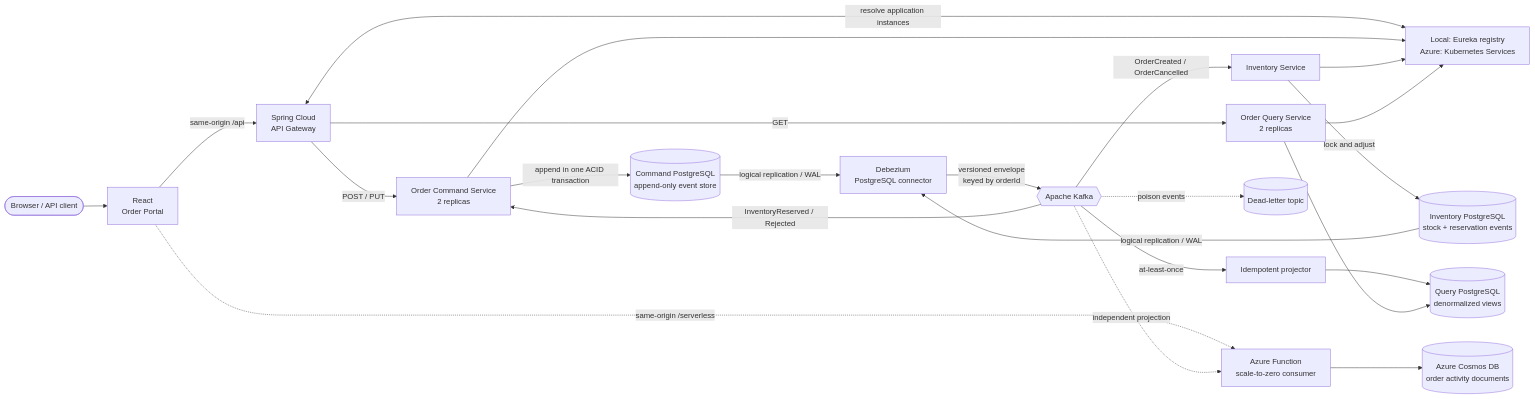
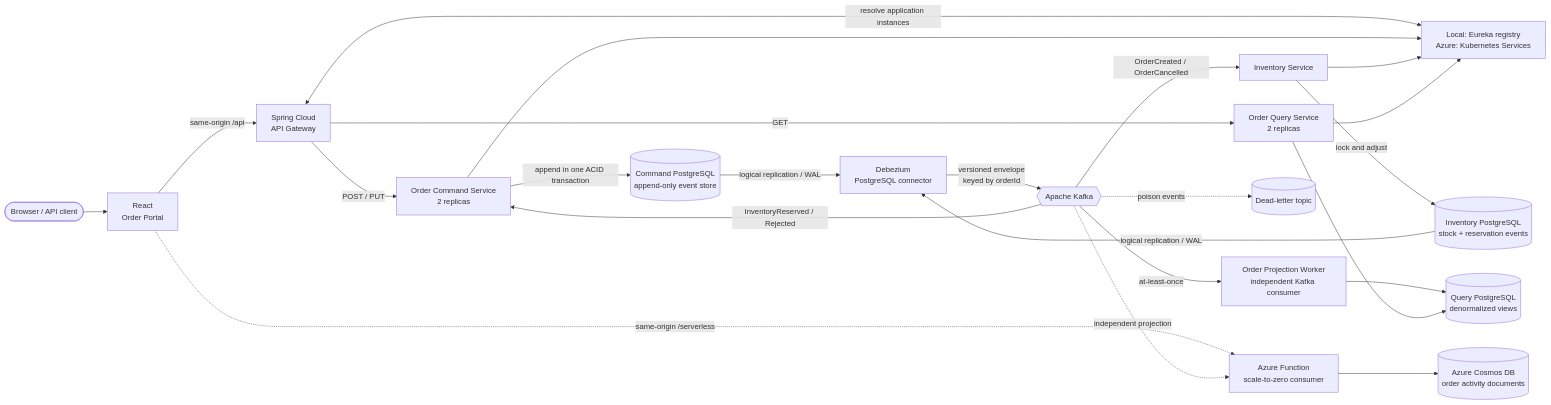
One commit to karacsonybarni/event-sourced-cqrs-microservices changed the diagram in README.md. Above: the diagram before and after it, drawn with Mermaid. The commit also changed other lines of this file, not shown here.

Commit message:
Document independent CQRS projection worker

````diff
--- a/README.md
+++ b/README.md
@@ -16,27 +16,27 @@
 ```mermaid
 flowchart LR
     Client([Browser / API client]) --> Frontend[React<br/>Order Portal]
     Frontend -->|same-origin /api| Gateway[Spring Cloud<br/>API Gateway]
     Frontend -. same-origin /serverless .-> ActivityFunction
     Discovery[Local: Eureka registry<br/>Azure: Kubernetes Services]
     Gateway <-->|resolve application instances| Discovery
     Command[Order Command Service<br/>2 replicas] --> Discovery
     Inventory[Inventory Service] --> Discovery
     Query[Order Query Service<br/>2 replicas] --> Discovery
     Gateway -->|POST / PUT| Command
     Gateway -->|GET| Query
 
     Command -->|append in one ACID transaction| EventStore[(Command PostgreSQL<br/>append-only event store)]
     EventStore -->|logical replication / WAL| Debezium[Debezium<br/>PostgreSQL connector]
     Debezium -->|versioned envelope<br/>keyed by orderId| Kafka{{Apache Kafka}}
     Kafka -->|OrderCreated / OrderCancelled| Inventory
     Inventory -->|lock and adjust| InventoryDB[(Inventory PostgreSQL<br/>stock + reservation events)]
     InventoryDB -->|logical replication / WAL| Debezium
     Kafka -->|InventoryReserved / Rejected| Command
-    Kafka -->|at-least-once| Projector[Idempotent projector]
+    Kafka -->|at-least-once| Projector[Order Projection Worker<br/>independent Kafka consumer]
     Projector --> QueryDB[(Query PostgreSQL<br/>denormalized views)]
     Query --> QueryDB
     Kafka -. independent projection .-> ActivityFunction[Azure Function<br/>scale-to-zero consumer]
     ActivityFunction --> ActivityDB[(Azure Cosmos DB<br/>order activity documents)]
     Kafka -. poison events .-> DLT[(Dead-letter topic)]
 ```
````
